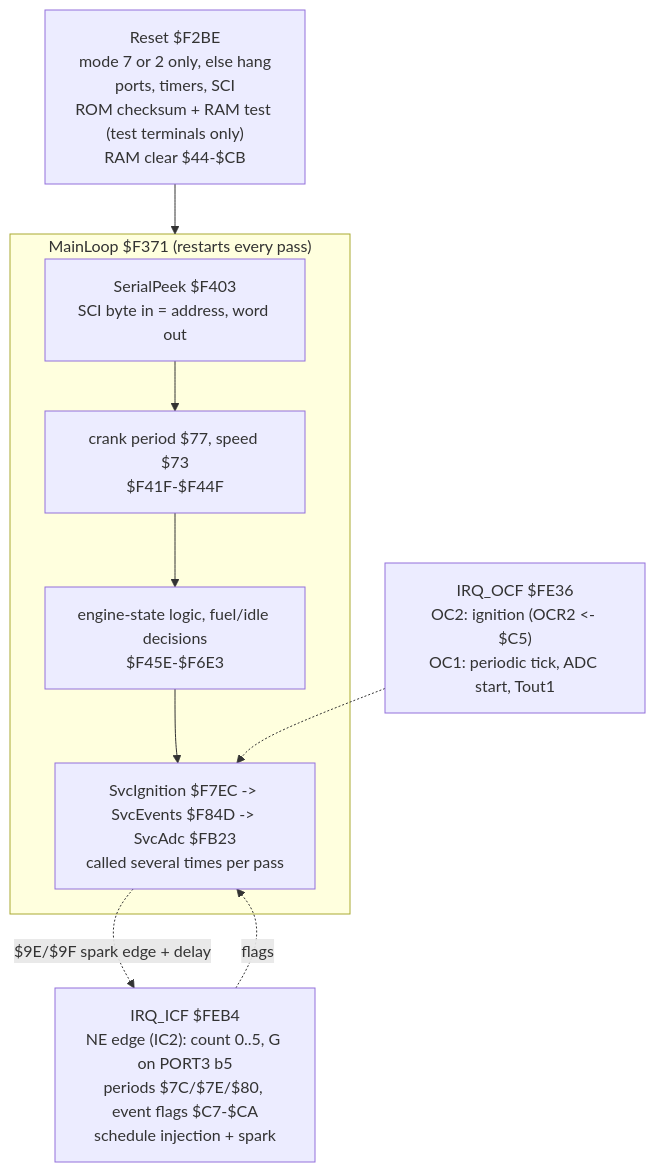
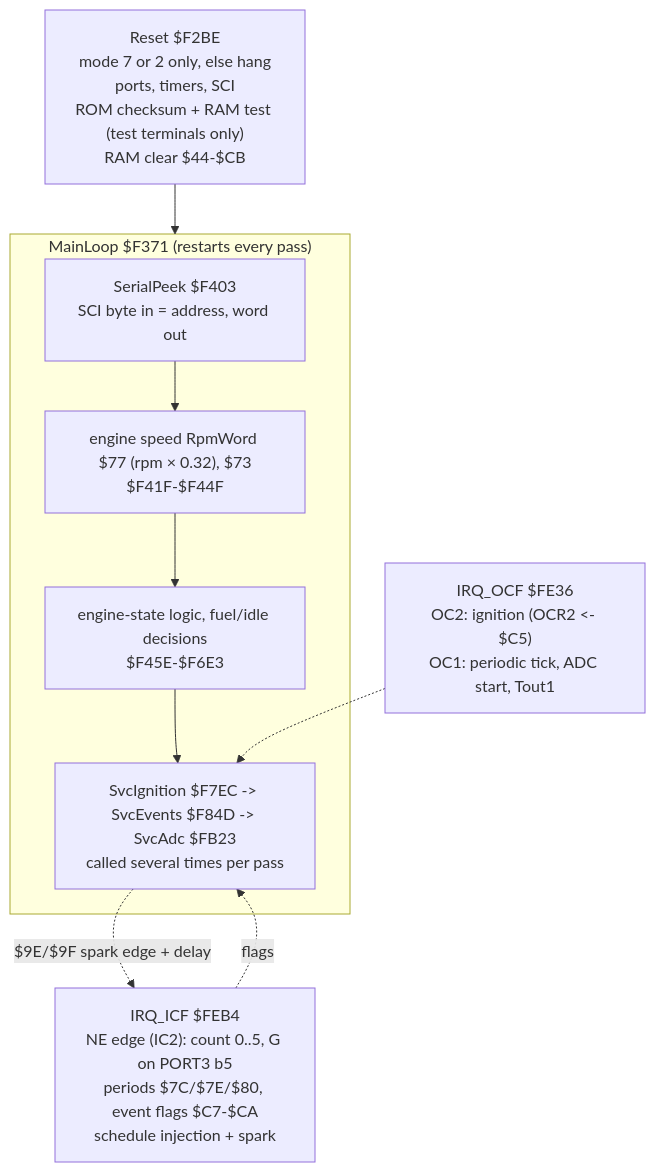
Before and after one commit to kurt-culley/Toyota-PCM-hacking: the diagram in docs/mr2/architecture.md, drawn with Mermaid. The commit also changed other lines of this file and 7 other files, not shown here.

````diff
--- a/docs/mr2/architecture.md
+++ b/docs/mr2/architecture.md
@@ -13,12 +13,12 @@
 ```mermaid
 flowchart TD
   RES["Reset $F2BE<br/>mode 7 or 2 only, else hang<br/>ports, timers, SCI<br/>ROM checksum + RAM test (test terminals only)<br/>RAM clear $44-$CB"] --> ML
   subgraph ML["MainLoop $F371 (restarts every pass)"]
-    PEEK["SerialPeek $F403<br/>SCI byte in = address, word out"] --> SPD["crank period $77, speed $73<br/>$F41F-$F44F"]
+    PEEK["SerialPeek $F403<br/>SCI byte in = address, word out"] --> SPD["engine speed RpmWord $77 (rpm × 0.32), $73<br/>$F41F-$F44F"]
     SPD --> BODY["engine-state logic, fuel/idle decisions<br/>$F45E-$F6E3"]
     BODY --> SVC["SvcIgnition $F7EC -> SvcEvents $F84D -> SvcAdc $FB23<br/>called several times per pass"]
   end
   ICF["IRQ_ICF $FEB4<br/>NE edge (IC2): count 0..5, G on PORT3 b5<br/>periods $7C/$7E/$80, event flags $C7-$CA<br/>schedule injection + spark"] -.flags.-> SVC
   OCF["IRQ_OCF $FE36<br/>OC2: ignition (OCR2 <- $C5)<br/>OC1: periodic tick, ADC start, Tout1"] -.-> SVC
   SVC -.$9E/$9F spark edge + delay.-> ICF
 ```
````
